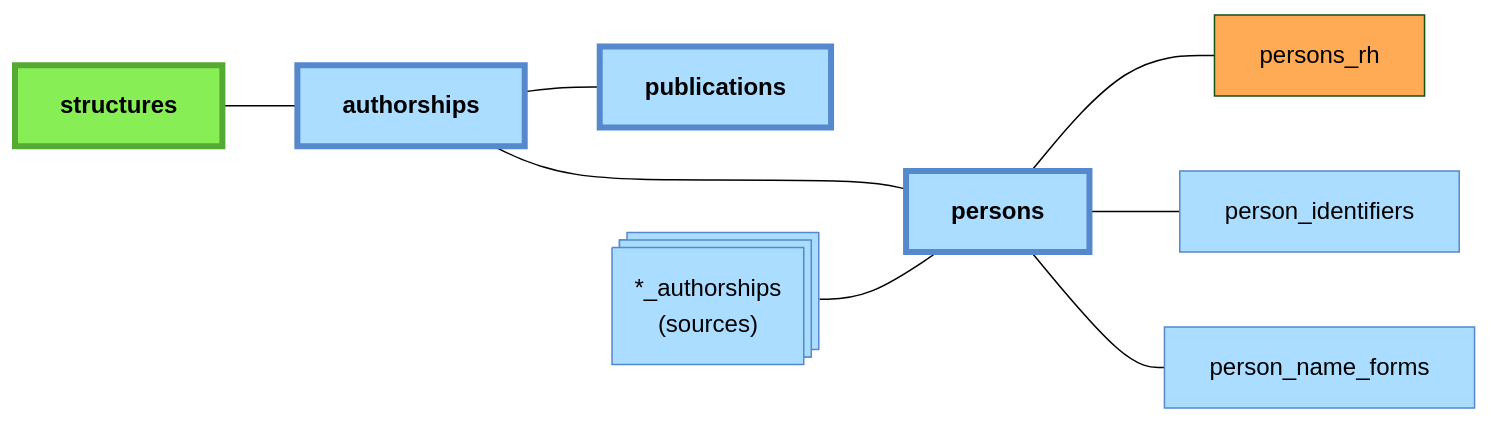
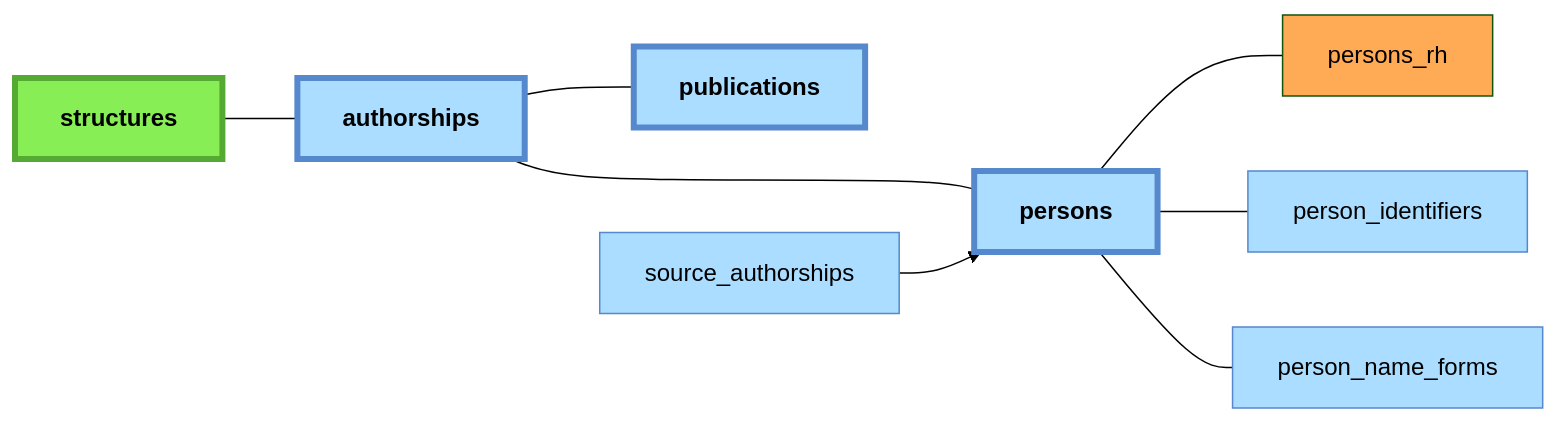
Before and after one commit to Y33sha/bibliometrie-uca: the fifth of 5 diagrams in docs/architecture.md, drawn with Mermaid (forest theme). The commit also changed other lines of this file and 14 other files, not shown here.

````diff
--- a/docs/architecture.md
+++ b/docs/architecture.md
@@ -219,22 +219,22 @@
 ```mermaid
 flowchart LR
     structures --- authorships
     
     authorships --- publications
     authorships ---- persons
-    A@{ shape: processes, label: "*_authorships\n(sources)"}---persons
+    source_authorships-->persons
     persons---persons_rh
     persons---person_identifiers
     persons---person_name_forms
 
     classDef manuel  fill:#8e5,stroke:#5a3
     class structures,structure_name_forms,perimeters,structure_relations manuel;
     classDef csv fill:#fa5
     class persons_rh csv
     classDef auto fill:#adf,stroke:#58c
-    class A,publications,person_identifiers,person_name_forms,authorships,persons auto
+    class source_authorships,publications,person_identifiers,person_name_forms,authorships,persons auto
     classDef main stroke-width:4px,font-weight:bold
     class structures,publications,persons,authorships main
 
 
 ```
````
